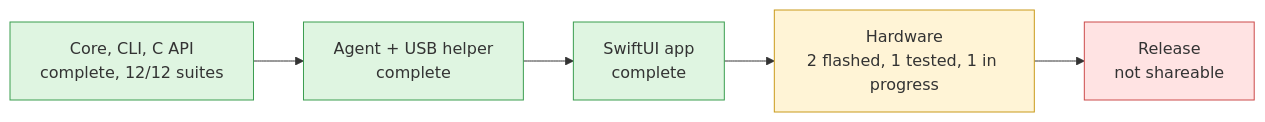
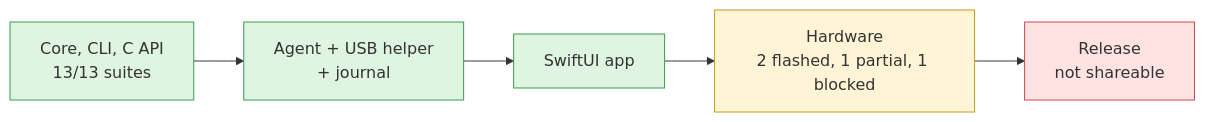
Before and after one commit to sritulasiram/bifrost-studio: the diagram in docs/status.md, drawn with Mermaid. The commit also changed other lines of this file and 98 other files, not shown here.

````diff
--- a/docs/status.md
+++ b/docs/status.md
@@ -15,7 +17,7 @@
 ```mermaid
 flowchart LR
-    core["Core, CLI, C API<br/>complete, 12/12 suites"]:::done --> svc["Agent + USB helper<br/>complete"]:::done --> app["SwiftUI app<br/>complete"]:::done --> hw["Hardware<br/>2 flashed, 1 tested, 1 in progress"]:::partial --> rel["Release<br/>not shareable"]:::todo
+    core["Core, CLI, C API<br/>13/13 suites"]:::done --> svc["Agent + USB helper<br/>+ journal"]:::done --> app["SwiftUI app"]:::done --> hw["Hardware<br/>2 flashed, 1 partial, 1 blocked"]:::partial --> rel["Release<br/>not shareable"]:::todo
     classDef done fill:#dff5e1,stroke:#3a9d4f
     classDef partial fill:#fff4d6,stroke:#c99a1a
     classDef todo fill:#ffe3e3,stroke:#cc4a4a
 ```
````
